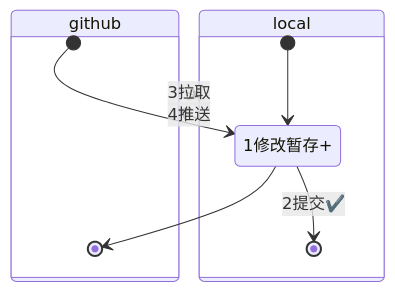
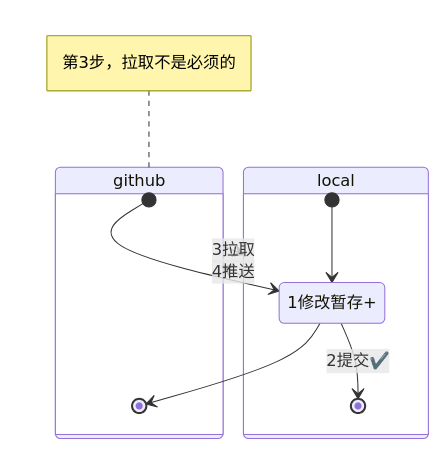
Before and after one commit to wulazhou/hello: the fifth of 6 diagrams in mygame/md/graph.md, drawn with Mermaid. The commit also changed other lines of this file, not shown here.

````diff
--- a/mygame/md/graph.md
+++ b/mygame/md/graph.md
@@ -73,14 +76,17 @@
 ```mermaid
     stateDiagram
-    github --> local:3拉取
+    github --> local:3拉取 
     local --> github:4推送
+    note left of github
+        第3步，拉取不是必须的 
+    end note
     state github{
         [*]-->graph
         graph --> [*]
     }
     state local{
         [*]-->graph
         graph --> [*]:2提交✔️
         graph:1修改暂存+
     }
 ```
````
